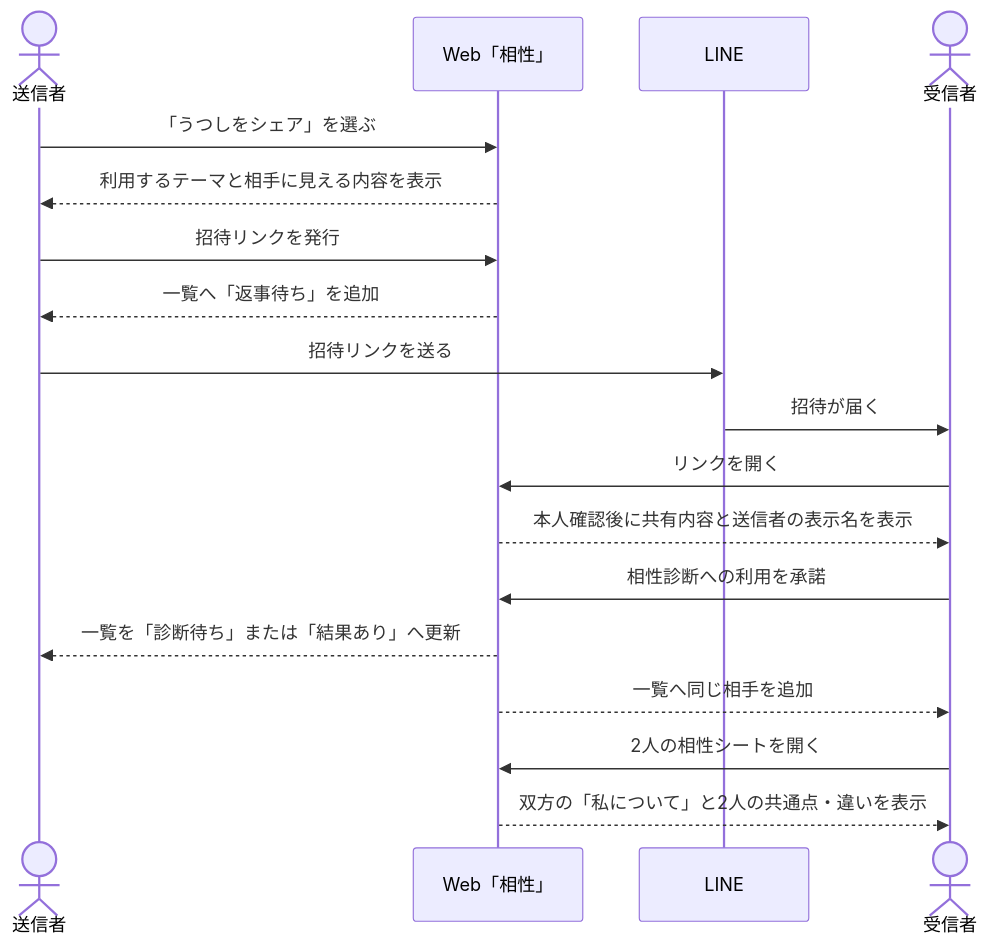
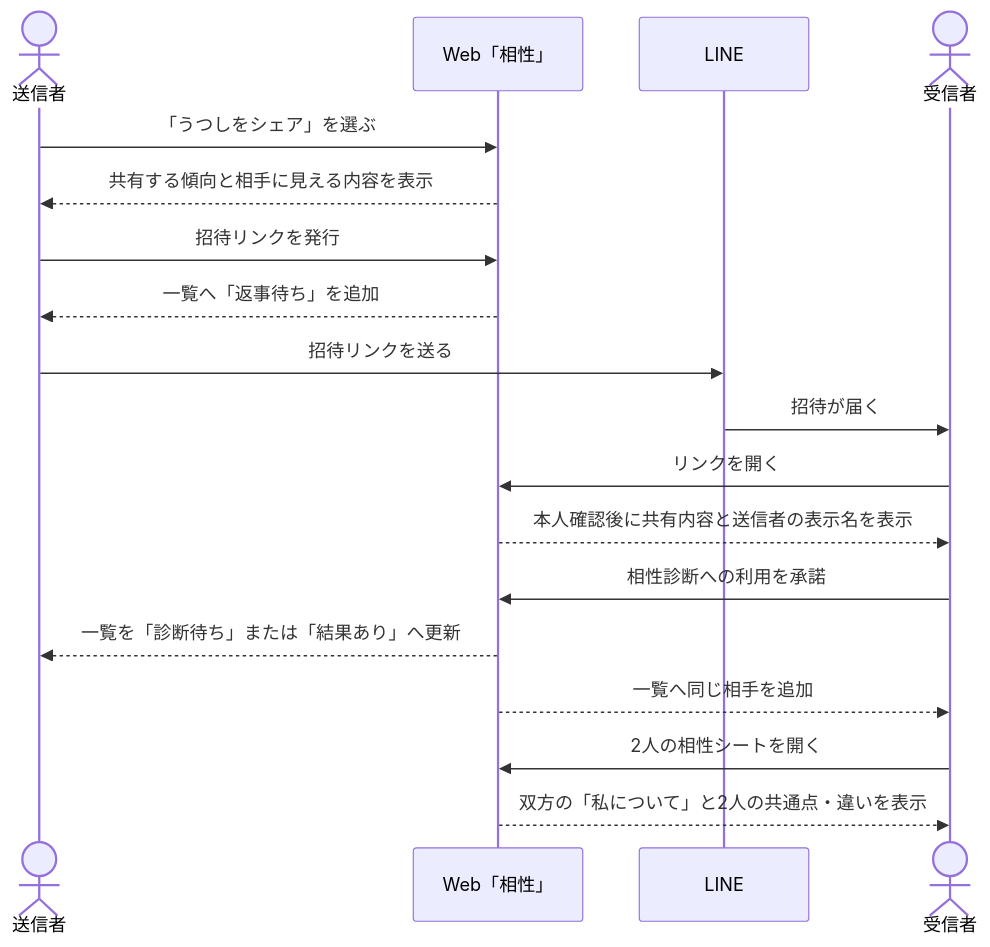
The first of 2 diagrams in docs/product/compatibility-experience.md (kkyosuke/me-builder), drawn with Mermaid before and after one commit. The commit also changed other lines of this file and 29 other files, not shown here.

````diff
--- a/docs/product/compatibility-experience.md
+++ b/docs/product/compatibility-experience.md
@@ -32,21 +33,21 @@
 ```mermaid
 sequenceDiagram
     actor S as 送信者
     participant W as Web「相性」
     participant L as LINE
     actor R as 受信者
 
     S->>W: 「うつしをシェア」を選ぶ
-    W-->>S: 利用するテーマと相手に見える内容を表示
+    W-->>S: 共有する傾向と相手に見える内容を表示
     S->>W: 招待リンクを発行
     W-->>S: 一覧へ「返事待ち」を追加
     S->>L: 招待リンクを送る
     L->>R: 招待が届く
     R->>W: リンクを開く
     W-->>R: 本人確認後に共有内容と送信者の表示名を表示
     R->>W: 相性診断への利用を承諾
     W-->>S: 一覧を「診断待ち」または「結果あり」へ更新
     W-->>R: 一覧へ同じ相手を追加
     R->>W: 2人の相性シートを開く
     W-->>R: 双方の「私について」と2人の共通点・違いを表示
 ```
````
